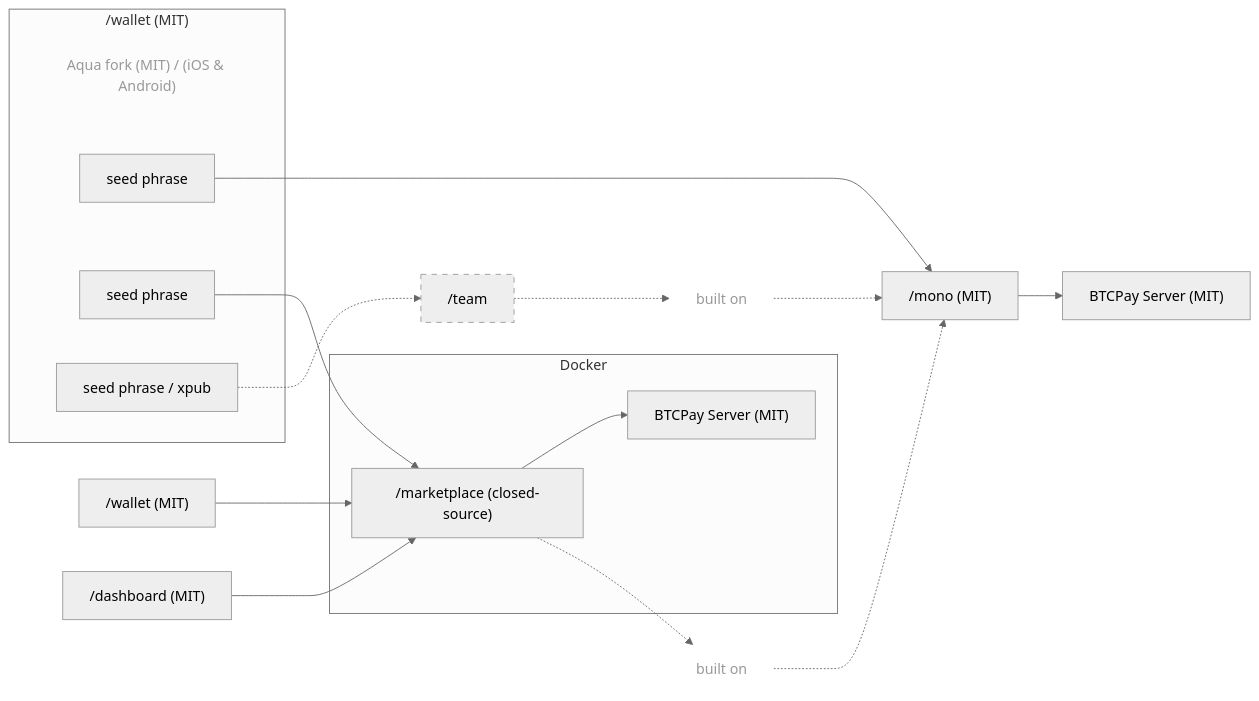
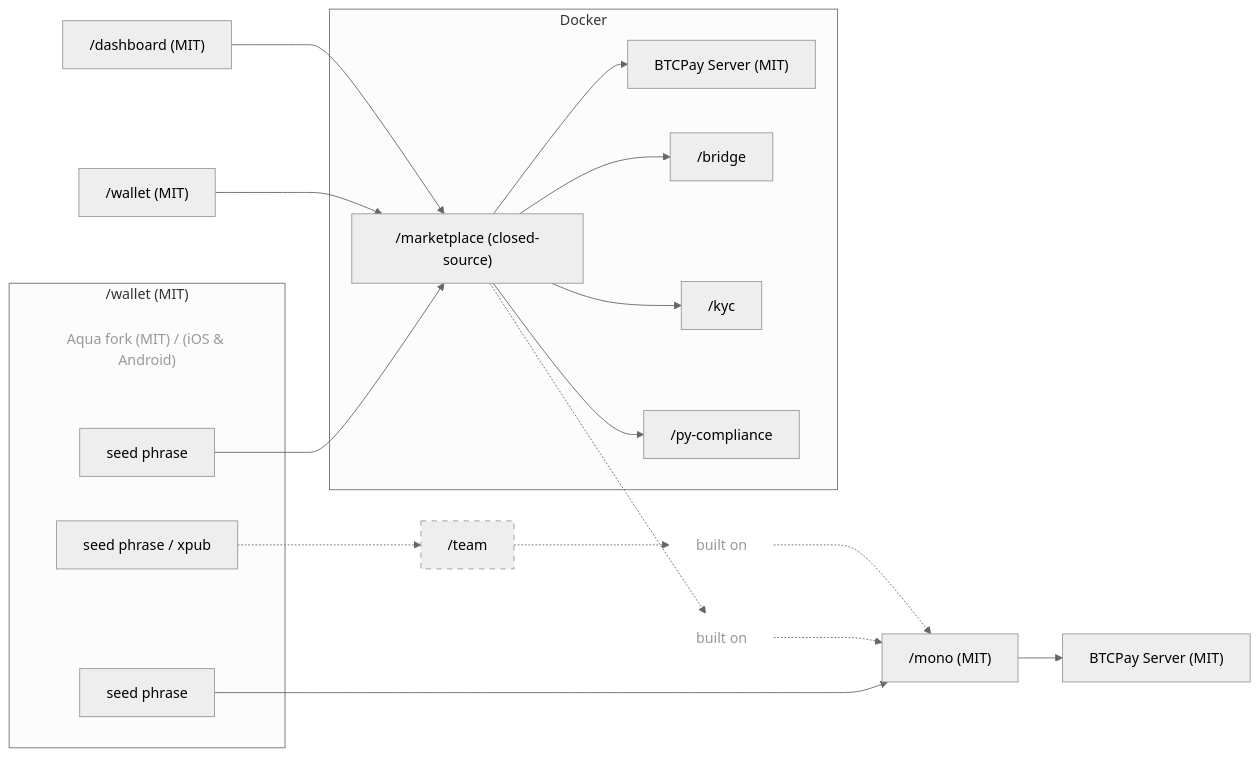
One commit to P2Payments/.github changed the diagram in profile/README.md. Above: the diagram before and after it, drawn with Mermaid (neutral theme). The commit also changed other lines of this file, not shown here.

````diff
--- a/profile/README.md
+++ b/profile/README.md
@@ -38,48 +38,58 @@
 ```mermaid
 flowchart LR
 
 subgraph walletWrap["/wallet (MIT)"]
   walletPlatform["Aqua fork (MIT) / (iOS & Android)"]
   seedMono["seed phrase"]
   seedMarket["seed phrase"]
   seedTeam["seed phrase / xpub"]
 end
 
 mono["/mono (MIT)"]
 monoBtcpay["BTCPay Server (MIT)"]
 
 subgraph docker["Docker"]
   marketplace["/marketplace (closed-source)"]
   marketBtcpay["BTCPay Server (MIT)"]
+  bridge["/bridge"]
+  kyc["/kyc"]
+  pyCompliance["/py-compliance"]
 end
 
 team["/team"]
 otherWallet["/wallet (MIT)"]
 builtMarket["built on"]
 builtTeam["built on"]
 
 dashboard["/dashboard (MIT)"]
 
 seedMono --> mono
 seedMarket --> marketplace
 seedTeam -.-> team
 otherWallet --> marketplace
 
 mono --> monoBtcpay
 marketplace --> marketBtcpay
 dashboard --> marketplace
 
 marketplace -.-> builtMarket
 builtMarket -.-> mono
 
 team -.-> builtTeam
 builtTeam -.-> mono
 
+marketplace --> bridge
+marketplace --> kyc
+marketplace --> pyCompliance
+
 style team stroke-dasharray: 6 6
 style builtMarket fill:transparent,stroke:transparent,color:#999
 style builtTeam fill:transparent,stroke:transparent,color:#999
 style walletPlatform fill:transparent,stroke:transparent,color:#999
 
 click otherWallet "https://github.com/P2Pagos/wallet" "_blank"
 click mono "https://github.com/P2Pagos/mono" "_blank"
+click bridge "https://github.com/P2Pagos/bridge" "_blank"
+click kyc "https://github.com/P2Pagos/kyc" "_blank"
+click pyCompliance "https://github.com/P2Pagos/py-compliance" "_blank"
 ```
````
